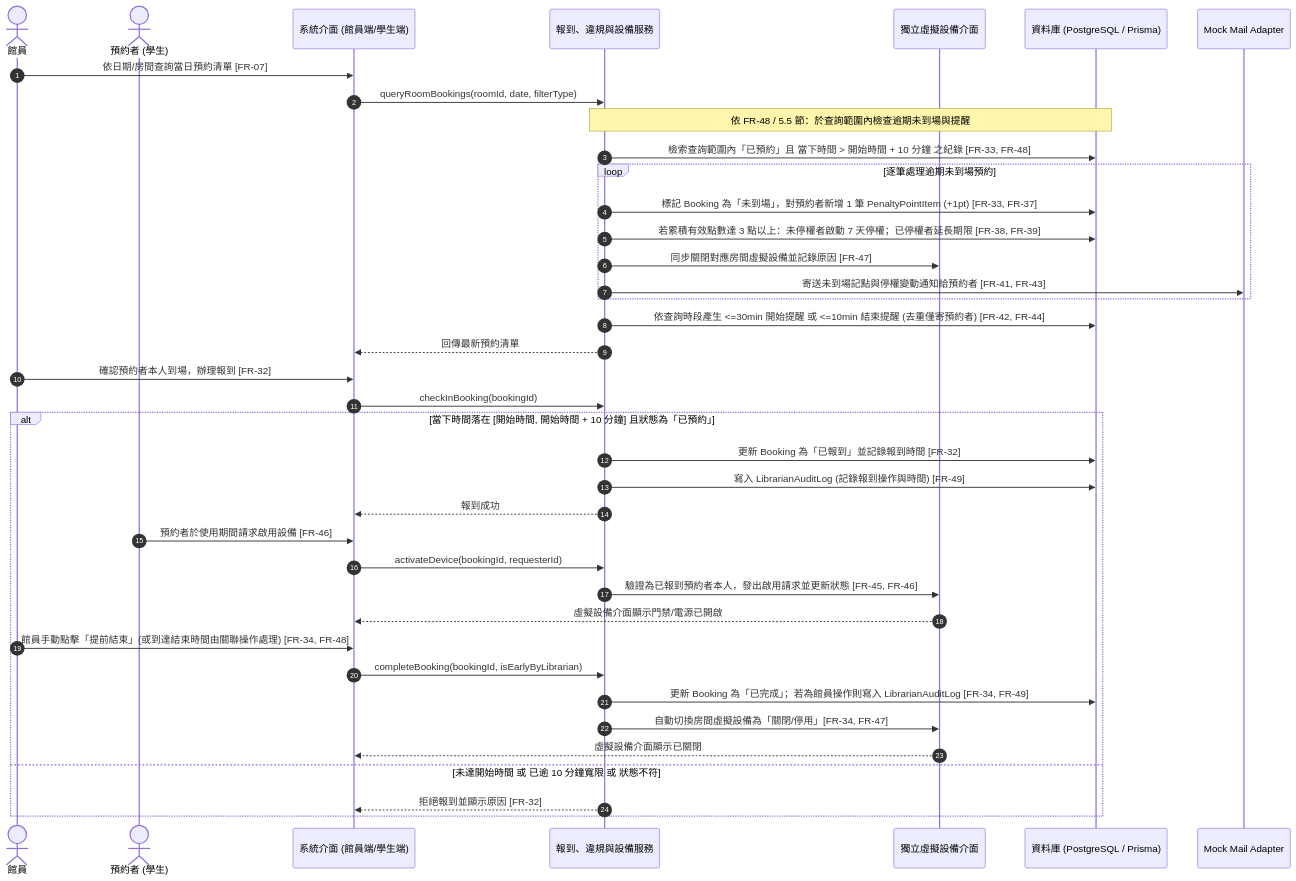
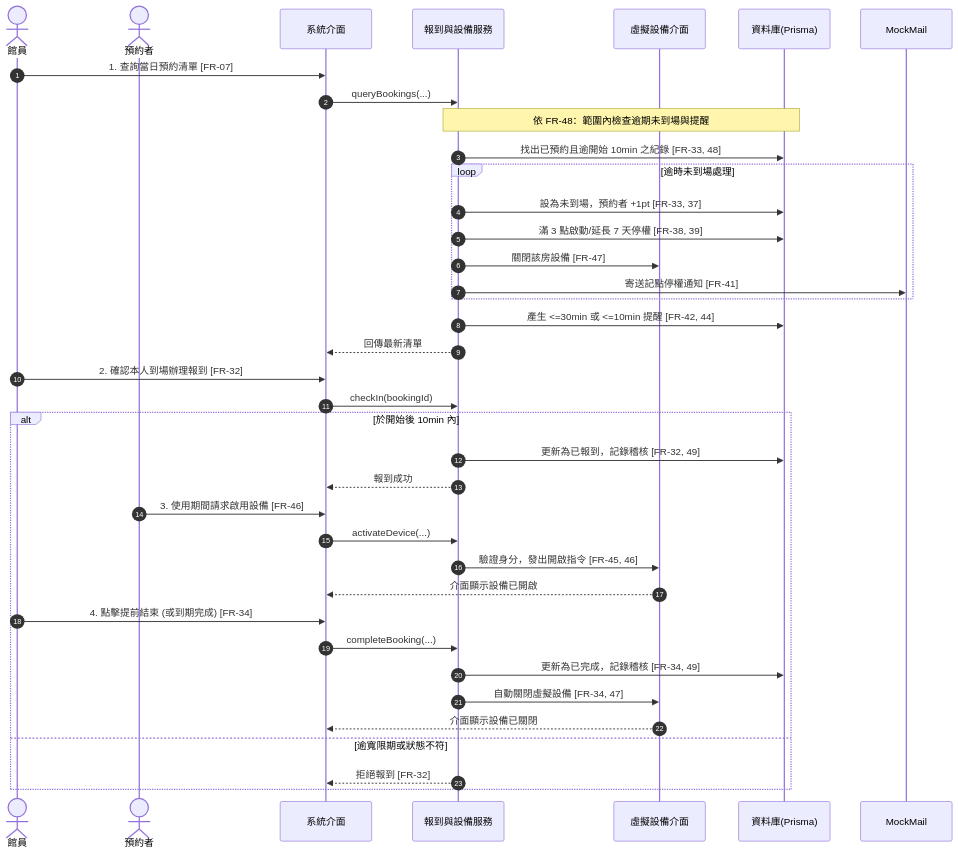
The third of 3 diagrams in waterfall/uml/sequence-diagram.md (avisccc/study-room-booking), drawn with Mermaid before and after one commit. The commit also changed other lines of this file, not shown here.

````diff
--- a/waterfall/uml/sequence-diagram.md
+++ b/waterfall/uml/sequence-diagram.md
@@ -128,46 +109,45 @@
 ```mermaid
 sequenceDiagram
     autonumber
-    actor Lib as 館員
-    actor Req as 預約者 (學生)
-    participant UI as 系統介面 (館員端/學生端)
-    participant Svc as 報到、違規與設備服務
-    participant Dev as 獨立虛擬設備介面
-    participant DB as 資料庫 (PostgreSQL / Prisma)
-    participant Mail as Mock Mail Adapter
+    actor 館員
+    actor 預約者
+    participant 介面 as 系統介面
+    participant 服務端 as 報到與設備服務
+    participant 設備 as 虛擬設備介面
+    participant DB as 資料庫(Prisma)
+    participant Mail as MockMail
 
-    Lib->>UI: 依日期/房間查詢當日預約清單 [FR-07]
-    UI->>Svc: queryRoomBookings(roomId, date, filterType)
+    館員->>介面: 1. 查詢當日預約清單 [FR-07]
+    介面->>服務端: queryBookings(...)
     
-    Note over Svc,DB: 依 FR-48 / 5.5 節：於查詢範圍內檢查逾期未到場與提醒
-    Svc->>DB: 檢索查詢範圍內「已預約」且 當下時間 > 開始時間 + 10 分鐘 之紀錄 [FR-33, FR-48]
-    loop 逐筆處理逾期未到場預約
-        Svc->>DB: 標記 Booking 為「未到場」，對預約者新增 1 筆 PenaltyPointItem (+1pt) [FR-33, FR-37]
-        Svc->>DB: 若累積有效點數達 3 點以上：未停權者啟動 7 天停權；已停權者延長期限 [FR-38, FR-39]
-        Svc->>Dev: 同步關閉對應房間虛擬設備並記錄原因 [FR-47]
-        Svc->>Mail: 寄送未到場記點與停權變動通知給預約者 [FR-41, FR-43]
+    Note over 服務端,DB: 依 FR-48：範圍內檢查逾期未到場與提醒
+    服務端->>DB: 找出已預約且逾開始 10min 之紀錄 [FR-33, 48]
+    loop 逾時未到場處理
+        服務端->>DB: 設為未到場，預約者 +1pt [FR-33, 37]
+        服務端->>DB: 滿 3 點啟動/延長 7 天停權 [FR-38, 39]
+        服務端->>設備: 關閉該房設備 [FR-47]
+        服務端->>Mail: 寄送記點停權通知 [FR-41]
     end
-    Svc->>DB: 依查詢時段產生 <=30min 開始提醒 或 <=10min 結束提醒 (去重僅寄預約者) [FR-42, FR-44]
-    Svc-->>UI: 回傳最新預約清單
+    服務端->>DB: 產生 <=30min 或 <=10min 提醒 [FR-42, 44]
+    服務端-->>介面: 回傳最新清單
 
-    Lib->>UI: 確認預約者本人到場，辦理報到 [FR-32]
-    UI->>Svc: checkInBooking(bookingId)
-    alt 當下時間落在 [開始時間, 開始時間 + 10 分鐘] 且狀態為「已預約」
-        Svc->>DB: 更新 Booking 為「已報到」並記錄報到時間 [FR-32]
-        Svc->>DB: 寫入 LibrarianAuditLog (記錄報到操作與時間) [FR-49]
-        Svc-->>UI: 報到成功
+    館員->>介面: 2. 確認本人到場辦理報到 [FR-32]
+    介面->>服務端: checkIn(bookingId)
+    alt 於開始後 10min 內
+        服務端->>DB: 更新為已報到，記錄稽核 [FR-32, 49]
+        服務端-->>介面: 報到成功
         
-        Req->>UI: 預約者於使用期間請求啟用設備 [FR-46]
-        UI->>Svc: activateDevice(bookingId, requesterId)
-        Svc->>Dev: 驗證為已報到預約者本人，發出啟用請求並更新狀態 [FR-45, FR-46]
-        Dev-->>UI: 虛擬設備介面顯示門禁/電源已開啟
+        預約者->>介面: 3. 使用期間請求啟用設備 [FR-46]
+        介面->>服務端: activateDevice(...)
+        服務端->>設備: 驗證身分，發出開啟指令 [FR-45, 46]
+        設備-->>介面: 介面顯示設備已開啟
         
-        Lib->>UI: 館員手動點擊「提前結束」(或到達結束時間由關聯操作處理) [FR-34, FR-48]
-        UI->>Svc: completeBooking(bookingId, isEarlyByLibrarian)
-        Svc->>DB: 更新 Booking 為「已完成」；若為館員操作則寫入 LibrarianAuditLog [FR-34, FR-49]
-        Svc->>Dev: 自動切換房間虛擬設備為「關閉/停用」[FR-34, FR-47]
-        Dev-->>UI: 虛擬設備介面顯示已關閉
-    else 未達開始時間 或 已逾 10 分鐘寬限 或 狀態不符
-        Svc-->>UI: 拒絕報到並顯示原因 [FR-32]
+        館員->>介面: 4. 點擊提前結束 (或到期完成) [FR-34]
+        介面->>服務端: completeBooking(...)
+        服務端->>DB: 更新為已完成，記錄稽核 [FR-34, 49]
+        服務端->>設備: 自動關閉虛擬設備 [FR-34, 47]
+        設備-->>介面: 介面顯示設備已關閉
+    else 逾寬限期或狀態不符
+        服務端-->>介面: 拒絕報到 [FR-32]
     end
 ```
````
